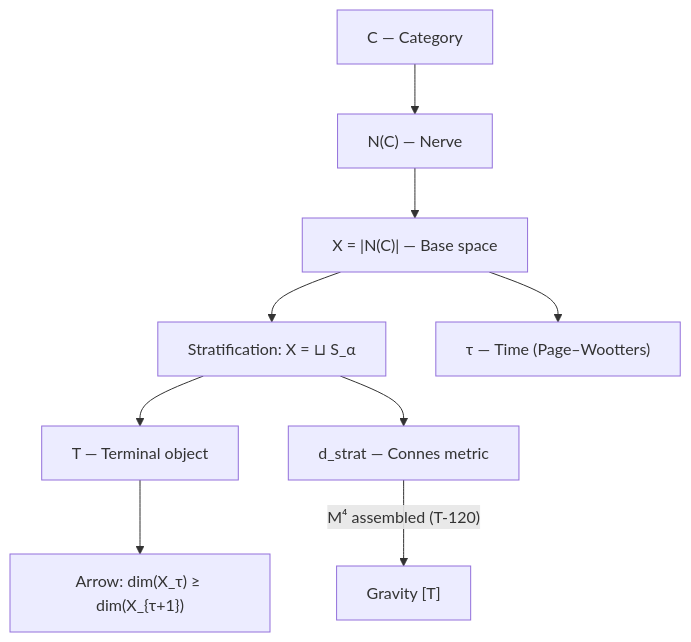
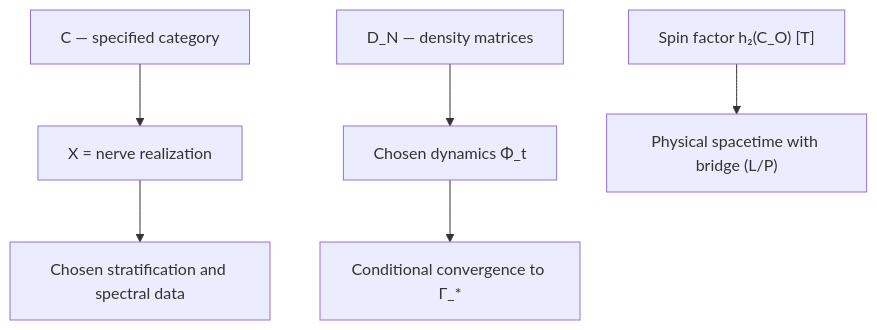
One commit to gst-st/uhm changed the diagram in website/docs/core/foundations/spacetime.md. Above: the diagram before and after it, drawn with Mermaid. The commit also changed other lines of this file and 248 other files, not shown here.

````diff
--- a/website/docs/core/foundations/spacetime.md
+++ b/website/docs/core/foundations/spacetime.md
@@ -426,21 +373,16 @@
 ```mermaid
 graph TD
- C["C — Category"]
- N["N#40;C#41; — Nerve"]
- X["X = |N#40;C#41;| — Base space"]
- STRAT["Stratification: X = ⊔ S_α"]
- T_OBJ["T — Terminal object"]
- DSTRAT["d_strat — Connes metric"]
- TIME["τ — Time #40;Page–Wootters#41;"]
- ARROW["Arrow: dim#40;X_τ#41; ≥ dim#40;X_{τ+1}#41;"]
- GR["Gravity #91;T#93;"]
-
- C --> N
- N --> X
- X --> STRAT
- STRAT --> T_OBJ
- STRAT --> DSTRAT
- X --> TIME
- T_OBJ --> ARROW
- DSTRAT --> |"M⁴ assembled #40;T-120#41;"| GR
+ C["C — specified category"]
+ X["X = nerve realization"]
+ GEO["Chosen stratification and spectral data"]
+ STATES["D_N — density matrices"]
+ FLOW["Chosen dynamics Φ_t"]
+ CONV["Conditional convergence to Γ_*"]
+ SPIN["Spin factor h₂#40;C_O#41; #91;T#93;"]
+ SPACE["Physical spacetime with bridge #40;L/P#41;"]
+ C --> X
+ X --> GEO
+ STATES --> FLOW
+ FLOW --> CONV
+ SPIN --> SPACE
 ```
````
